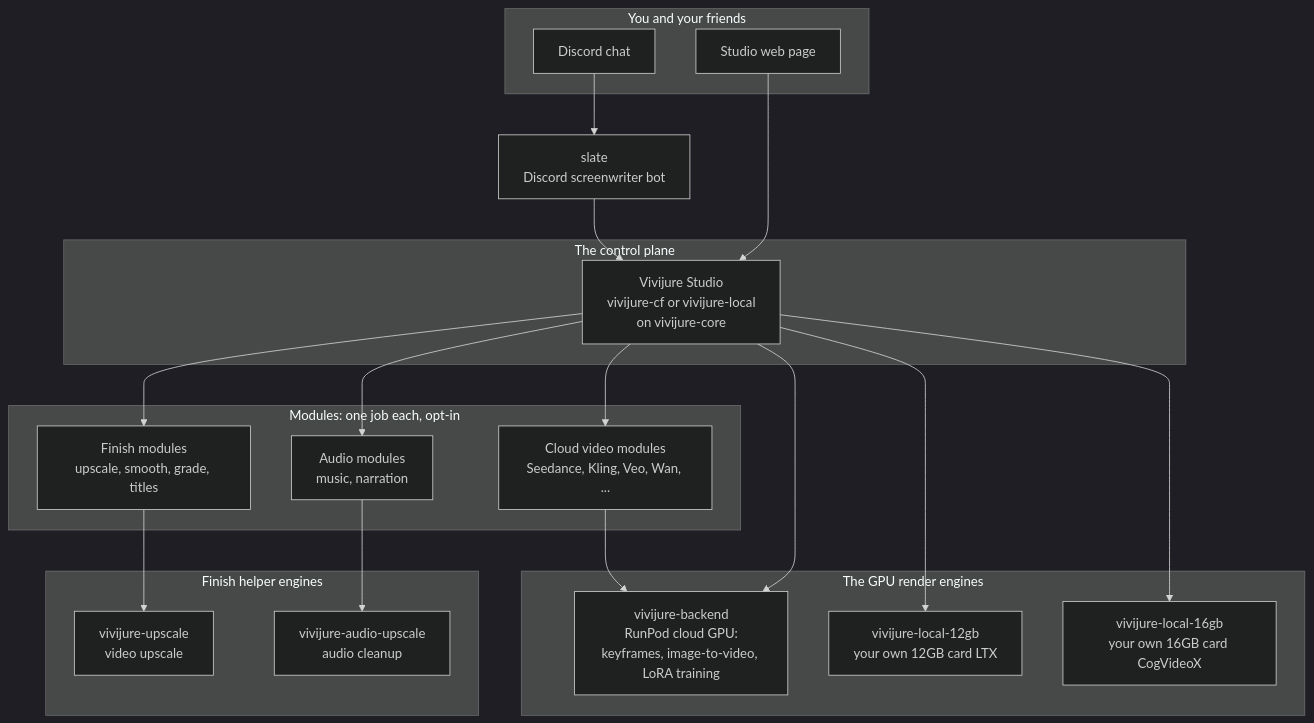
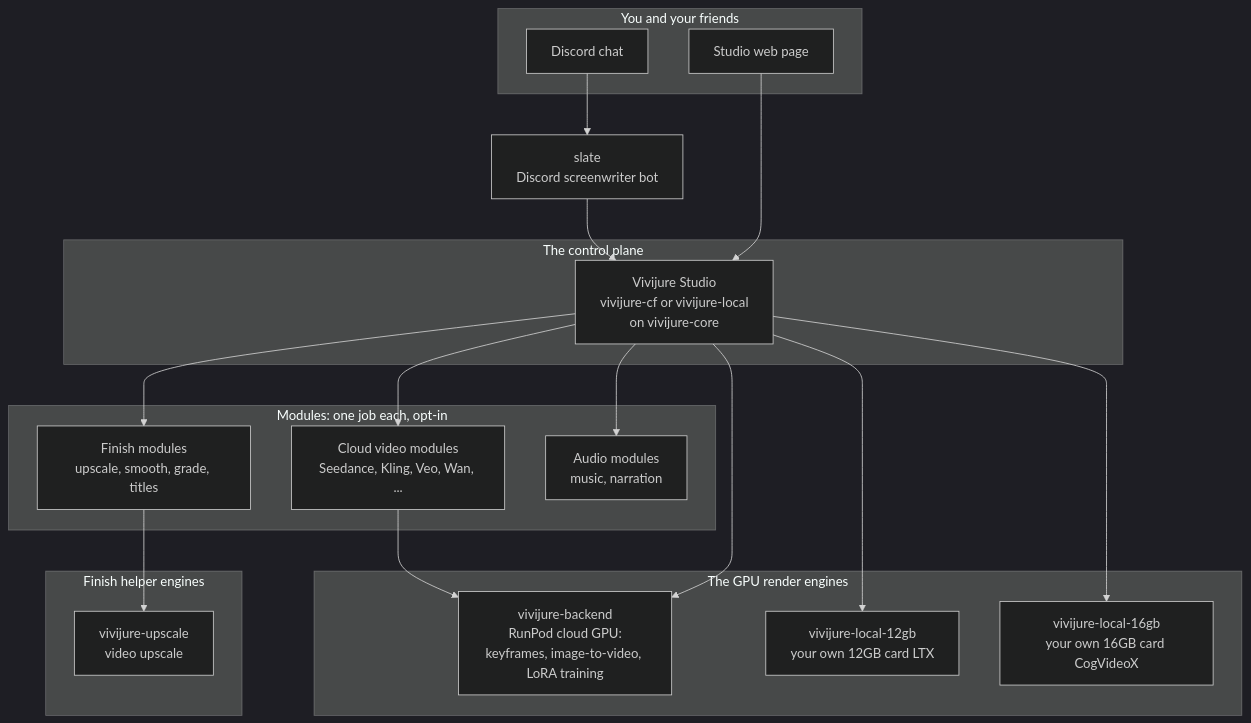
One commit to skyphusion-labs/vivijure-cf changed the diagram in docs/constellation.md. Above: the diagram before and after it, drawn with Mermaid (dark theme). The commit also changed 59 other files, not shown here.

````diff
--- a/docs/constellation.md
+++ b/docs/constellation.md
@@ -18,43 +18,41 @@
 ```mermaid
 flowchart TD
     subgraph front[You and your friends]
         discord[Discord chat]
         ui[Studio web page]
     end
 
     slate[slate<br/>Discord screenwriter bot]
 
     subgraph core[The control plane]
         studio[Vivijure Studio<br/>vivijure-cf or vivijure-local<br/>on vivijure-core]
     end
 
     subgraph modules[Modules: one job each, opt-in]
         cloudmods[Cloud video modules<br/>Seedance, Kling, Veo, Wan, ...]
         finishmods[Finish modules<br/>upscale, smooth, grade, titles]
         audiomods[Audio modules<br/>music, narration]
     end
 
     subgraph gpu[The GPU render engines]
         backend[vivijure-backend<br/>RunPod cloud GPU:<br/>keyframes, image-to-video, LoRA training]
         local12[vivijure-local-12gb<br/>your own 12GB card LTX]
         local16[vivijure-local-16gb<br/>your own 16GB card CogVideoX]
     end
 
     subgraph finish[Finish helper engines]
         upscale[vivijure-upscale<br/>video upscale]
-        audioup[vivijure-audio-upscale<br/>audio cleanup]
     end
 
     discord --> slate
     slate --> studio
     ui --> studio
     studio --> cloudmods
     studio --> finishmods
     studio --> audiomods
     cloudmods --> backend
     finishmods --> upscale
-    audiomods --> audioup
     studio --> backend
     studio --> local12
     studio --> local16
 ```
````
